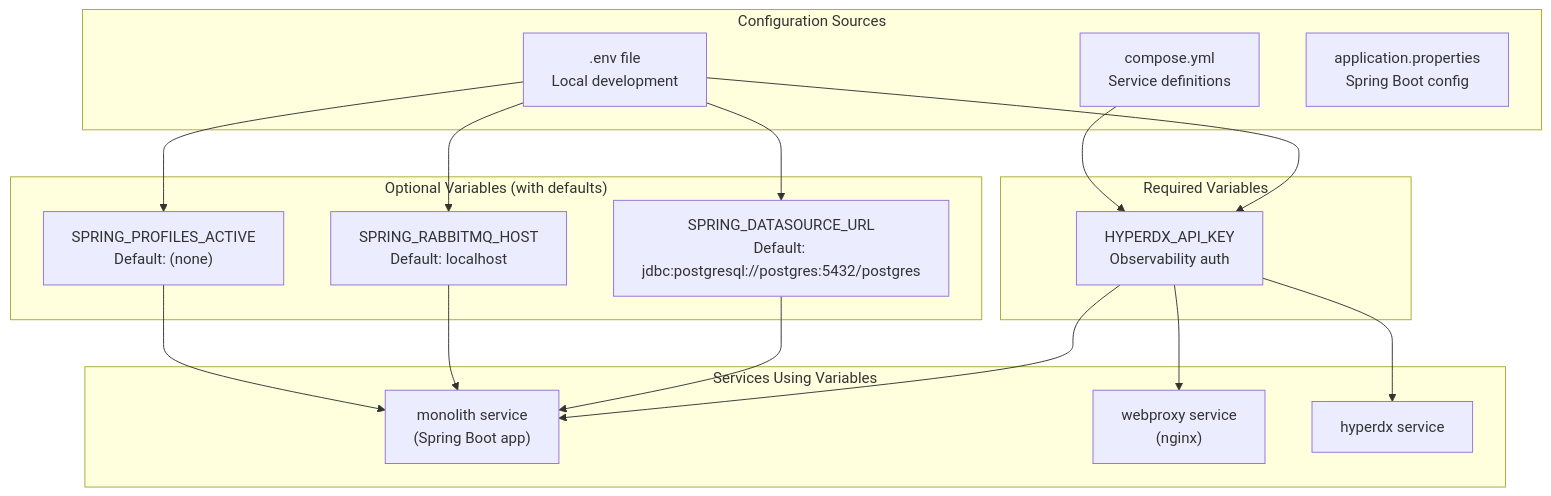
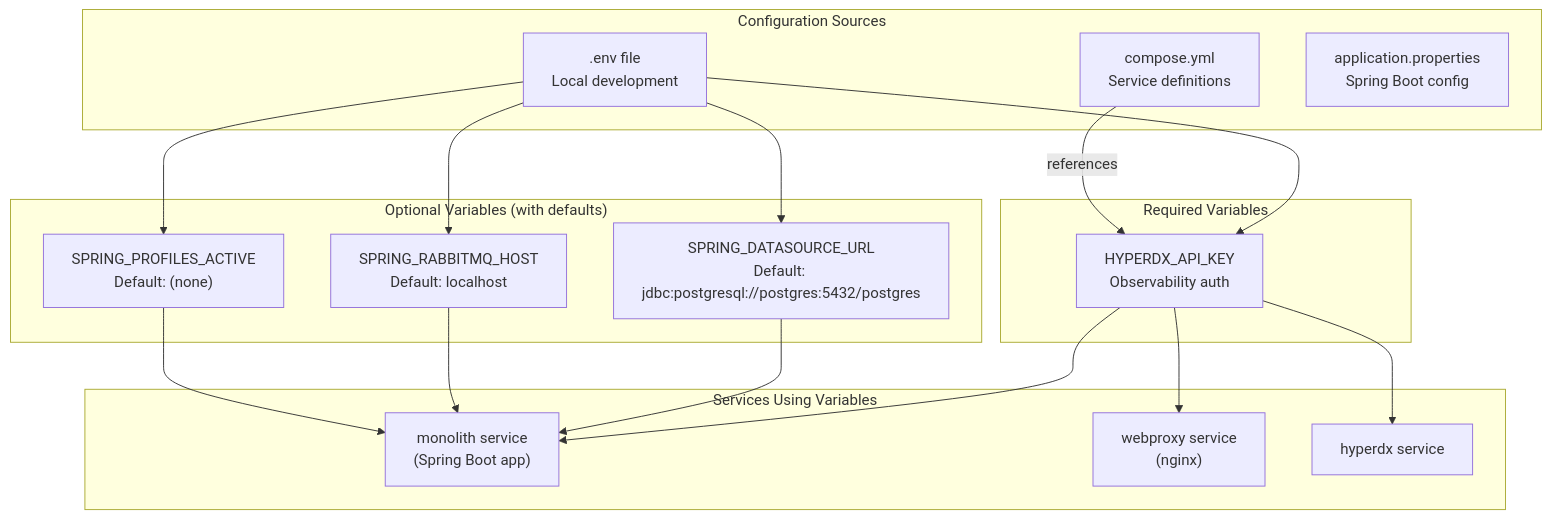
Before and after one commit to philipz/spring-modular-monolith: the third of 3 diagrams in docs/deepwiki/Prerequisites-and-Installation.md, drawn with Mermaid. The commit also changed other lines of this file and 55 other files, not shown here.

````diff
--- a/docs/deepwiki/Prerequisites-and-Installation.md
+++ b/docs/deepwiki/Prerequisites-and-Installation.md
@@ -443,48 +443,48 @@
 ```mermaid
 flowchart TD
 
 EnvFile[".env file<br>Local development"]
 ComposeFile["compose.yml<br>Service definitions"]
 AppProps["application.properties<br>Spring Boot config"]
 HYPERDX_KEY["HYPERDX_API_KEY<br>Observability auth"]
 SPRING_DATASOURCE_URL["SPRING_DATASOURCE_URL<br>Default: jdbc:postgresql://postgres:5432/postgres"]
 SPRING_RABBITMQ_HOST["SPRING_RABBITMQ_HOST<br>Default: localhost"]
 SPRING_PROFILES_ACTIVE["SPRING_PROFILES_ACTIVE<br>Default: (none)"]
 Monolith["monolith service<br>(Spring Boot app)"]
 Webproxy["webproxy service<br>(nginx)"]
 HyperDX["hyperdx service"]
 
 EnvFile --> HYPERDX_KEY
 EnvFile --> SPRING_DATASOURCE_URL
 EnvFile --> SPRING_RABBITMQ_HOST
 EnvFile --> SPRING_PROFILES_ACTIVE
-ComposeFile --> HYPERDX_KEY
+ComposeFile -->|"references"| HYPERDX_KEY
 HYPERDX_KEY --> Webproxy
 HYPERDX_KEY --> Monolith
 HYPERDX_KEY --> HyperDX
 SPRING_DATASOURCE_URL --> Monolith
 SPRING_RABBITMQ_HOST --> Monolith
 SPRING_PROFILES_ACTIVE --> Monolith
 
 subgraph subGraph3 ["Services Using Variables"]
     Monolith
     Webproxy
     HyperDX
 end
 
 subgraph subGraph2 ["Optional Variables (with defaults)"]
     SPRING_DATASOURCE_URL
     SPRING_RABBITMQ_HOST
     SPRING_PROFILES_ACTIVE
 end
 
 subgraph subGraph1 ["Required Variables"]
     HYPERDX_KEY
 end
 
 subgraph subGraph0 ["Configuration Sources"]
     EnvFile
     ComposeFile
     AppProps
 end
 ```
````
